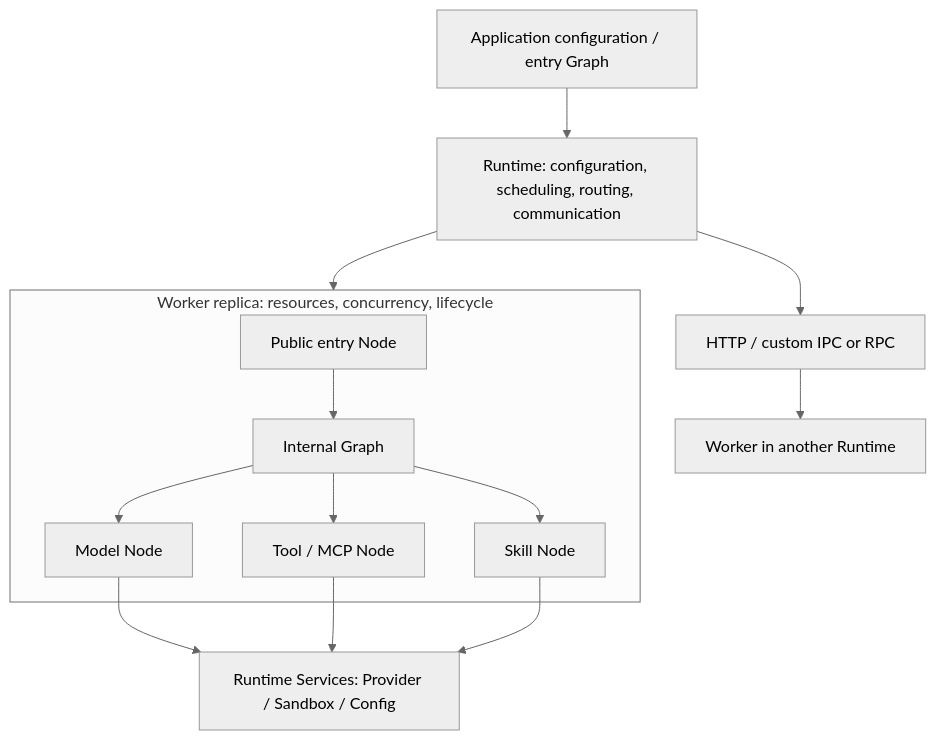
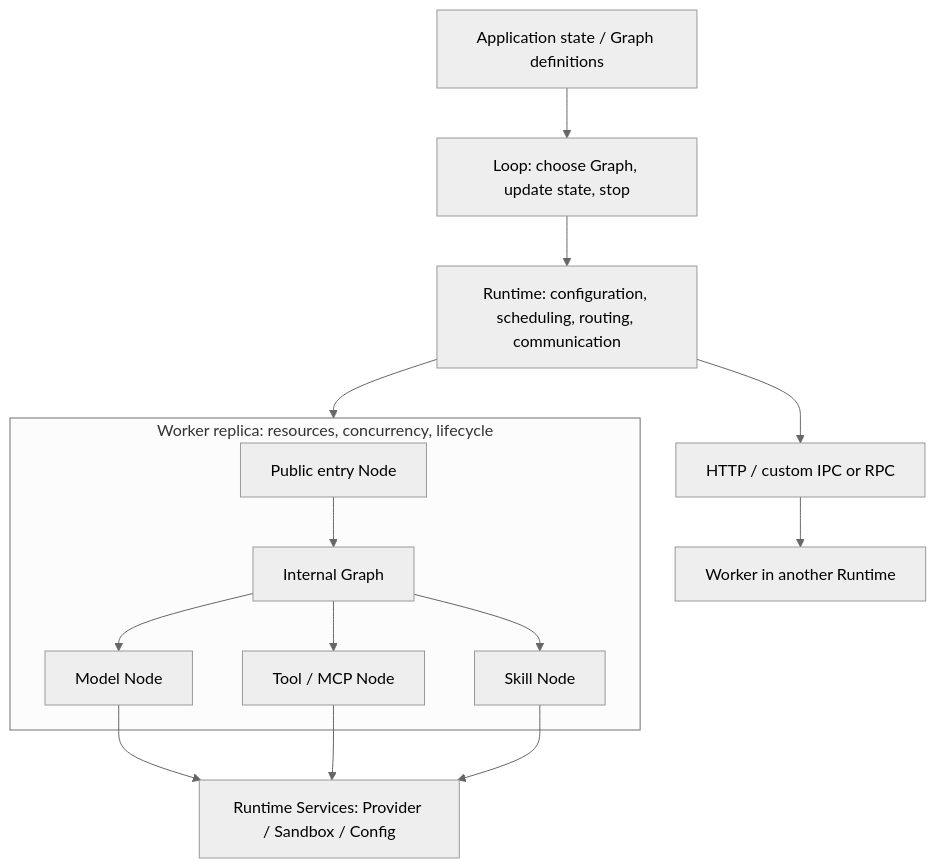
Before and after one commit to erwinmsmith/Ditto: the diagram in docs/architecture.md, drawn with Mermaid (neutral theme). The commit also changed other lines of this file and 23 other files, not shown here.

Commit message:
feat: run stateful loops across selectable graphs

````diff
--- a/docs/architecture.md
+++ b/docs/architecture.md
@@ -9,16 +9,17 @@
 ```mermaid
 flowchart TB
-  App[Application configuration / entry Graph] --> Runtime[Runtime: configuration, scheduling, routing, communication]
+  App[Application state / Graph definitions] --> Loop[Loop: choose Graph, update state, stop]
+  Loop --> Runtime[Runtime: configuration, scheduling, routing, communication]
   Runtime --> A
   Runtime --> Transport[HTTP / custom IPC or RPC]
   Transport --> B[Worker in another Runtime]
   subgraph A[Worker replica: resources, concurrency, lifecycle]
     Entry[Public entry Node] --> G[Internal Graph]
     G --> Think[Model Node]
     G --> Tool[Tool / MCP Node]
     G --> Skill[Skill Node]
   end
   Think --> Services[Runtime Services: Provider / Sandbox / Config]
   Tool --> Services
   Skill --> Services
 ```
````
